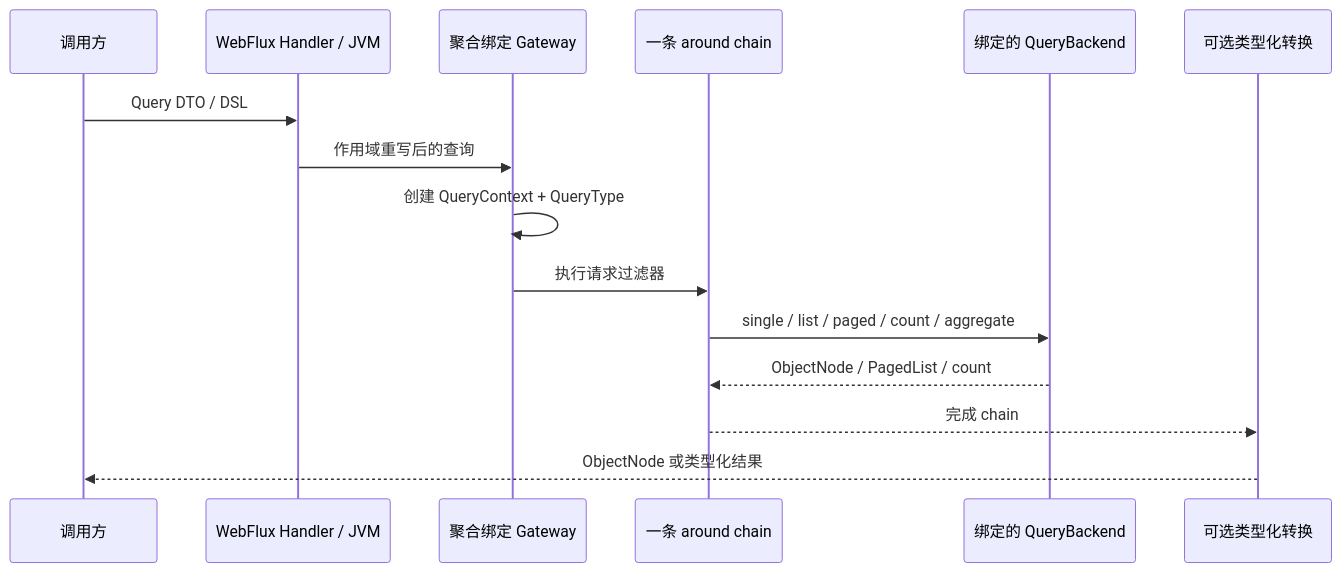
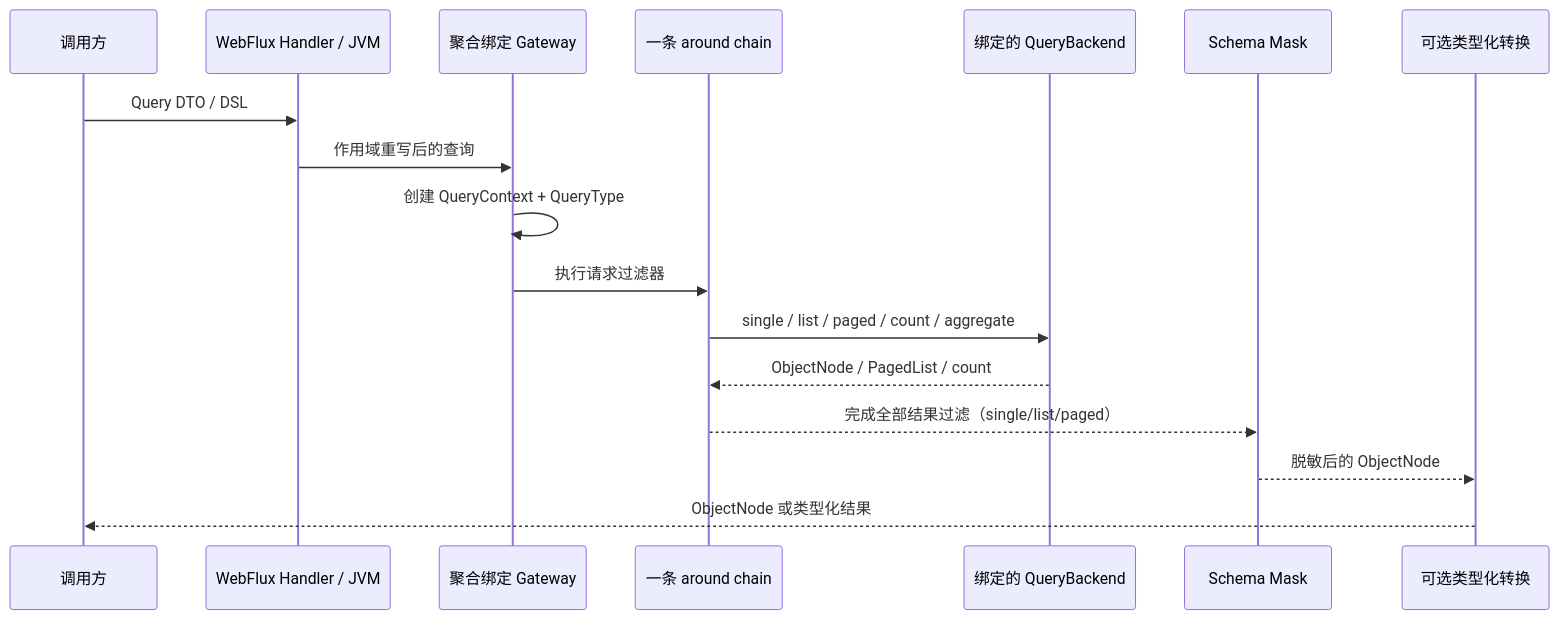
The diagram in documentation/docs/zh/guide/query/query-gateway.md (Ahoo-Wang/Wow), drawn with Mermaid before and after one commit. The commit also changed other lines of this file and 15 other files, not shown here.

````diff
--- a/documentation/docs/zh/guide/query/query-gateway.md
+++ b/documentation/docs/zh/guide/query/query-gateway.md
@@ -18,17 +18,19 @@
 ```mermaid
 sequenceDiagram
     participant Caller as 调用方
     participant Entry as WebFlux Handler / JVM
     participant Gateway as 聚合绑定 Gateway
     participant Filters as 一条 around chain
     participant Backend as 绑定的 QueryBackend
+    participant Mask as Schema Mask
     participant Jackson as 可选类型化转换
     Caller->>Entry: Query DTO / DSL
     Entry->>Gateway: 作用域重写后的查询
     Gateway->>Gateway: 创建 QueryContext + QueryType
     Gateway->>Filters: 执行请求过滤器
     Filters->>Backend: single / list / paged / count / aggregate
     Backend-->>Filters: ObjectNode / PagedList / count
-    Filters-->>Jackson: 完成 chain
+    Filters-->>Mask: 完成全部结果过滤（single/list/paged）
+    Mask-->>Jackson: 脱敏后的 ObjectNode
     Jackson-->>Caller: ObjectNode 或类型化结果
 ```
````
